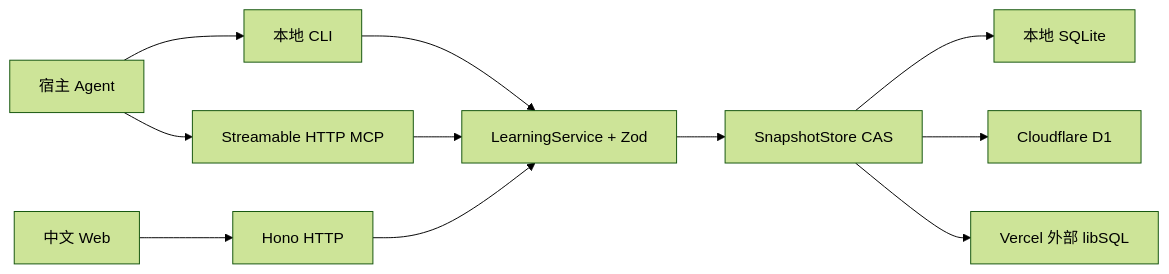
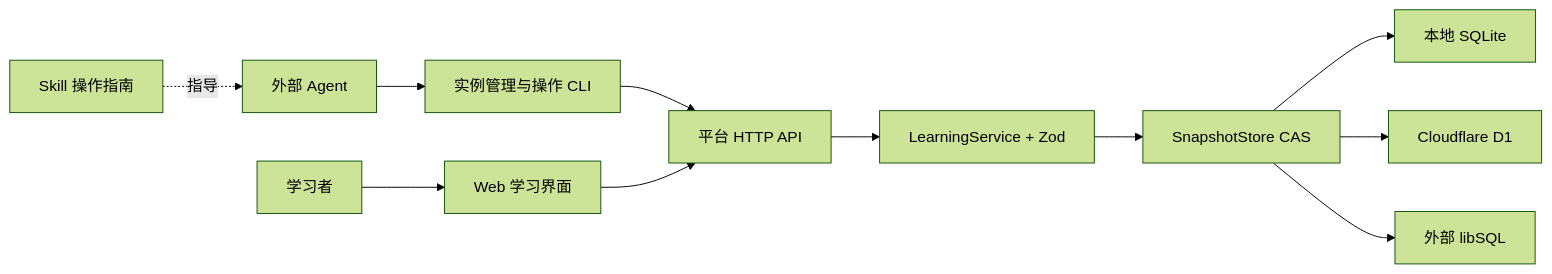
The diagram in docs/architecture.md (l1veIn/ezlearn), drawn with Mermaid (forest theme) before and after one commit. The commit also changed other lines of this file and 41 other files, not shown here.

Commit message:
refactor: make ezlearn an independent HTTP learning platform

````diff
--- a/docs/architecture.md
+++ b/docs/architecture.md
@@ -7,13 +5,13 @@
-```mermaid
+~~~mermaid
 flowchart LR
-  Agent[宿主 Agent] --> CLI[本地 CLI]
-  Agent --> MCP[Streamable HTTP MCP]
-  Browser[中文 Web] --> HTTP[Hono HTTP]
-  CLI --> Core[LearningService + Zod]
-  MCP --> Core
-  HTTP --> Core
-  Core --> CAS[SnapshotStore CAS]
-  CAS --> SQLite[本地 SQLite]
-  CAS --> D1[Cloudflare D1]
-  CAS --> LibSQL[Vercel 外部 libSQL]
-```
+  Skill[Skill 操作指南] -.指导.-> Agent[外部 Agent]
+  Agent --> CLI[实例管理与操作 CLI]
+  User[学习者] --> Web[Web 学习界面]
+  CLI --> HTTP[平台 HTTP API]
+  Web --> HTTP
+  HTTP --> Core[LearningService + Zod]
+  Core --> Storage[SnapshotStore CAS]
+  Storage --> SQLite[本地 SQLite]
+  Storage --> D1[Cloudflare D1]
+  Storage --> LibSQL[外部 libSQL]
+~~~
````
